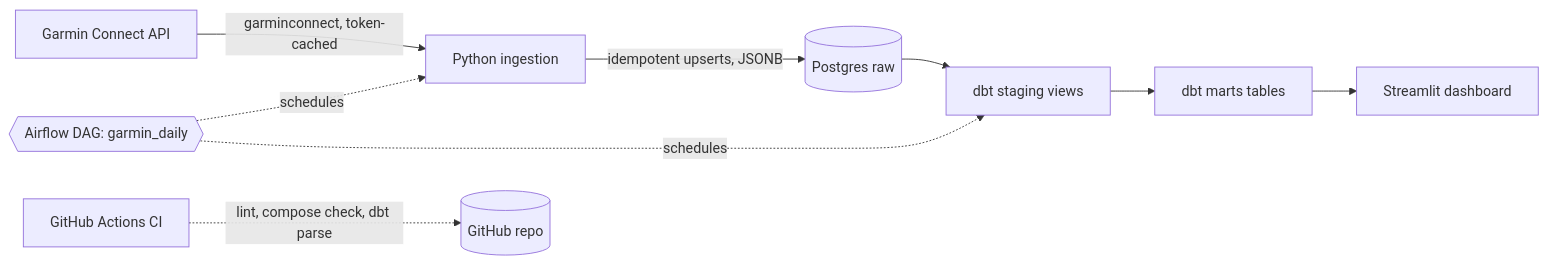
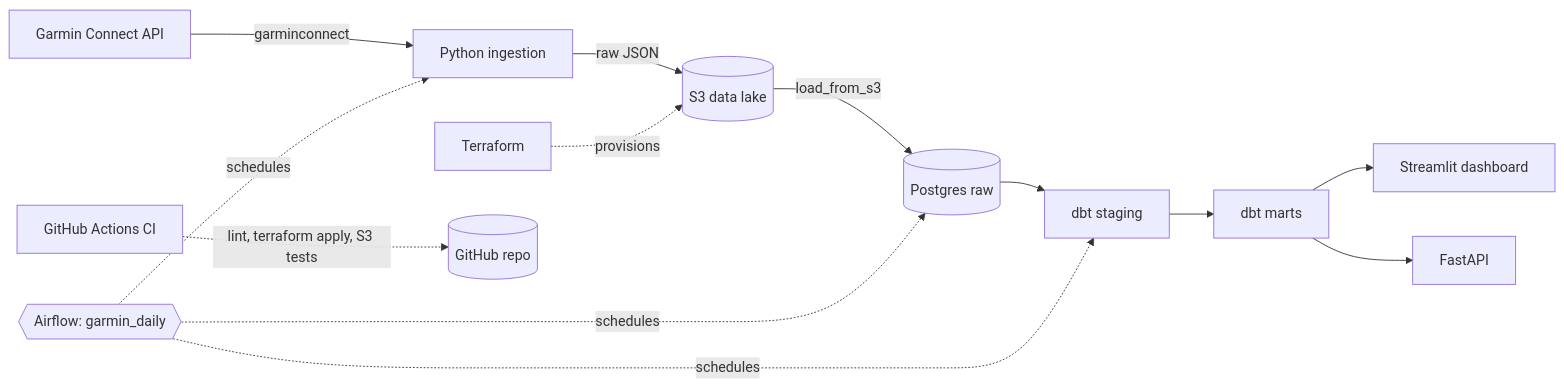
The diagram in docs/architecture.md (buffandbearded/garmin-pulse), drawn with Mermaid before and after one commit. The commit also changed 1 other file, not shown here.

Commit message:
Stage 5: README and architecture diagram for the S3/Terraform layer

````diff
--- a/docs/architecture.md
+++ b/docs/architecture.md
@@ -3,11 +3,15 @@
 ```mermaid
 flowchart LR
-    G[Garmin Connect API] -->|garminconnect, token-cached| I[Python ingestion]
-    I -->|idempotent upserts, JSONB| R[(Postgres raw)]
-    R --> S[dbt staging views]
-    S --> M[dbt marts tables]
+    G[Garmin Connect API] -->|garminconnect| I[Python ingestion]
+    I -->|raw JSON| L[(S3 data lake)]
+    TF[Terraform] -. provisions .-> L
+    L -->|load_from_s3| R[(Postgres raw)]
+    R --> S[dbt staging]
+    S --> M[dbt marts]
     M --> D[Streamlit dashboard]
-    A{{Airflow DAG: garmin_daily}} -. schedules .-> I
+    M --> API[FastAPI]
+    A{{Airflow: garmin_daily}} -. schedules .-> I
+    A -. schedules .-> R
     A -. schedules .-> S
-    CI[GitHub Actions CI] -. lint, compose check, dbt parse .-> Repo[(GitHub repo)]
+    CI[GitHub Actions CI] -. lint, terraform apply, S3 tests .-> Repo[(GitHub repo)]
 ```
````
